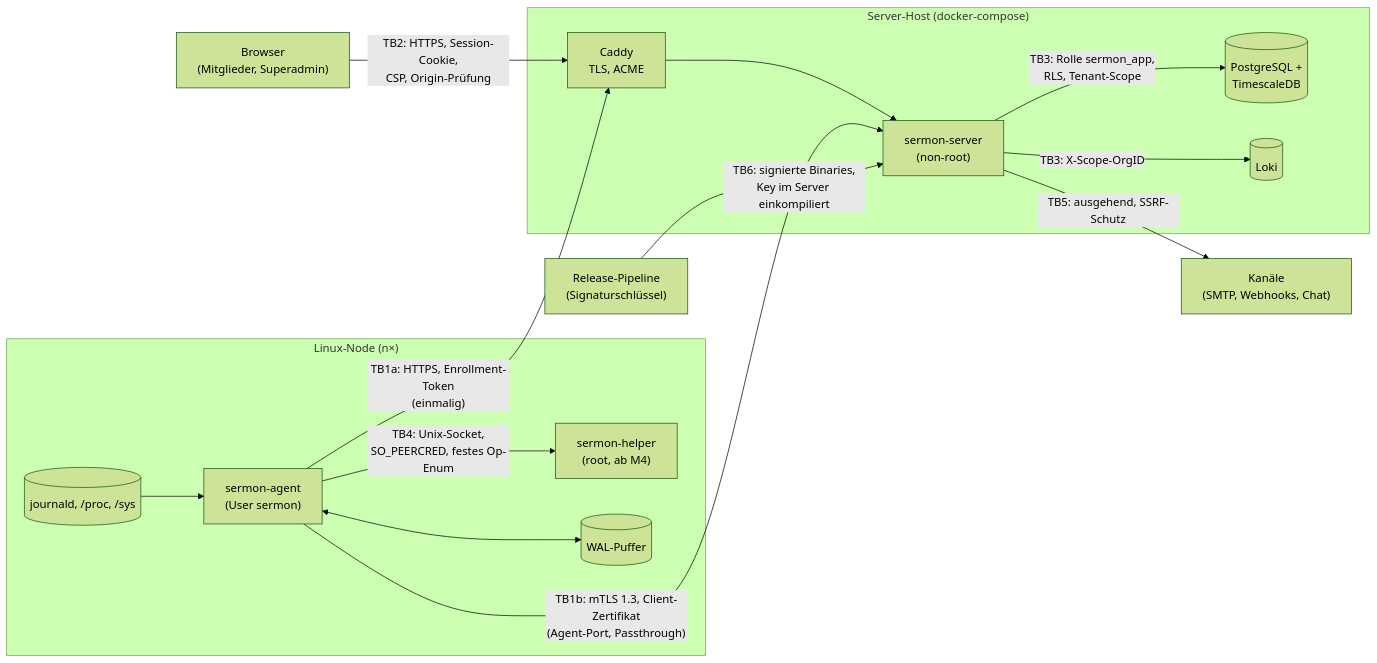
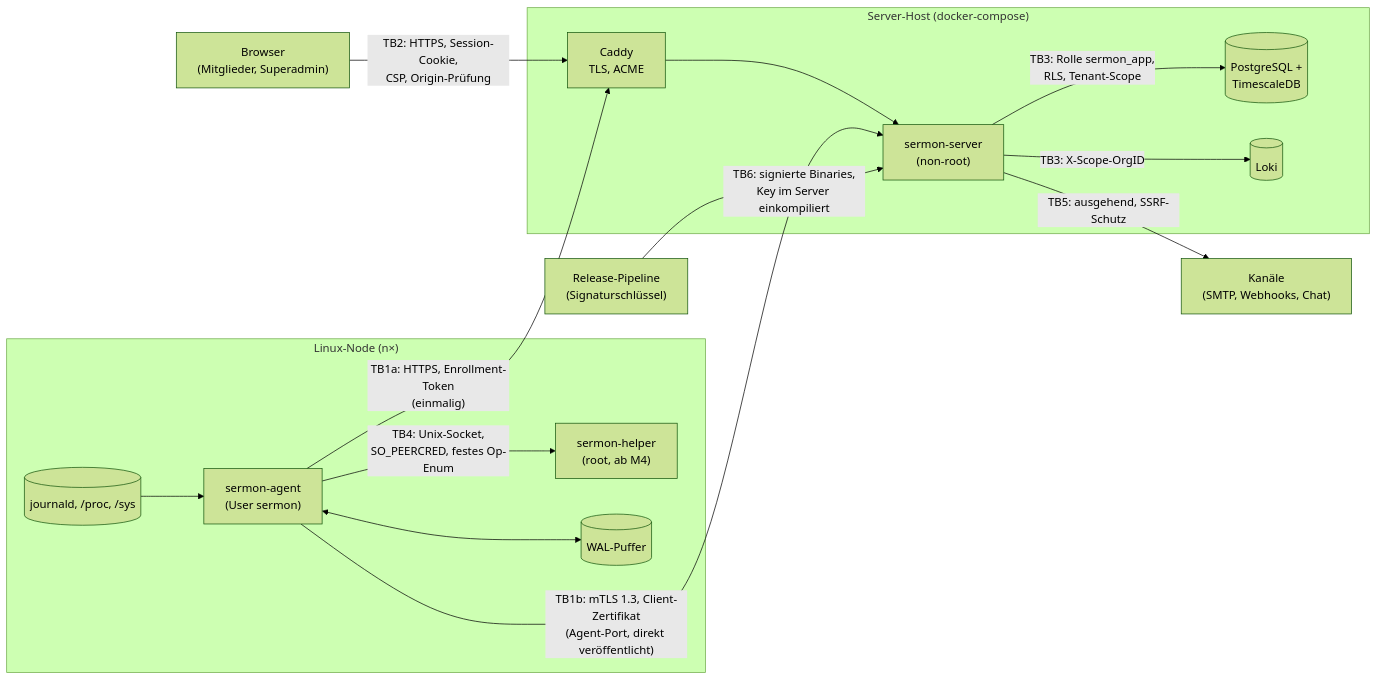
The diagram in docs/security/threat-model.md (pmoscode/SerMon), drawn with Mermaid (forest theme) before and after one commit. The commit also changed other lines of this file and 36 other files, not shown here.

````diff
--- a/docs/security/threat-model.md
+++ b/docs/security/threat-model.md
@@ -43,29 +43,29 @@
 ```mermaid
 flowchart LR
   subgraph Node["Linux-Node (n×)"]
     Agent["sermon-agent<br/>(User sermon)"]
     Helper["sermon-helper<br/>(root, ab M4)"]
     Journal[("journald, /proc, /sys")]
     WAL[("WAL-Puffer")]
     Journal --> Agent
     Agent <--> WAL
     Agent -- "TB4: Unix-Socket,<br/>SO_PEERCRED, festes Op-Enum" --> Helper
   end
   subgraph ServerHost["Server-Host (docker-compose)"]
     Caddy["Caddy<br/>TLS, ACME"]
     Server["sermon-server<br/>(non-root)"]
     PG[("PostgreSQL +<br/>TimescaleDB")]
     Loki[("Loki")]
     Server -- "TB3: Rolle sermon_app,<br/>RLS, Tenant-Scope" --> PG
     Server -- "TB3: X-Scope-OrgID" --> Loki
   end
   Browser["Browser<br/>(Mitglieder, Superadmin)"]
   Channels["Kanäle<br/>(SMTP, Webhooks, Chat)"]
   Release["Release-Pipeline<br/>(Signaturschlüssel)"]
 
   Browser -- "TB2: HTTPS, Session-Cookie,<br/>CSP, Origin-Prüfung" --> Caddy --> Server
   Agent -- "TB1a: HTTPS, Enrollment-Token<br/>(einmalig)" --> Caddy
-  Agent -- "TB1b: mTLS 1.3, Client-Zertifikat<br/>(Agent-Port, Passthrough)" --> Server
+  Agent -- "TB1b: mTLS 1.3, Client-Zertifikat<br/>(Agent-Port, direkt veröffentlicht)" --> Server
   Server -- "TB5: ausgehend, SSRF-Schutz" --> Channels
   Release -- "TB6: signierte Binaries,<br/>Key im Server einkompiliert" --> Server
 ```
````
